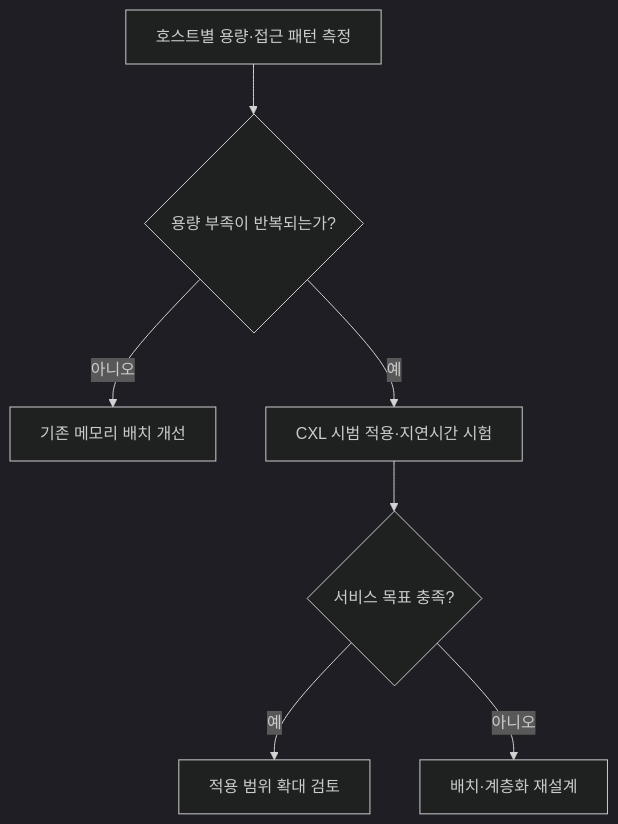
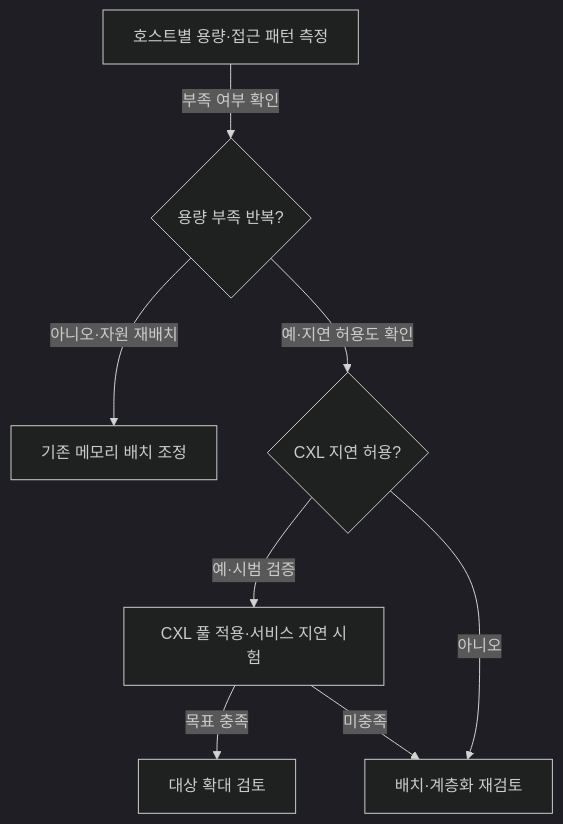
Before and after one commit to agnusdei1207/study: the third of 3 diagrams in src/content/docs/notes/itpe/04-computer-system/026_cxl_4_0_memory_pooling.md, drawn with Mermaid (dark theme). The commit also changed other lines of this file and 4 other files, not shown here.

````diff
--- a/src/content/docs/notes/itpe/04-computer-system/026_cxl_4_0_memory_pooling.md
+++ b/src/content/docs/notes/itpe/04-computer-system/026_cxl_4_0_memory_pooling.md
@@ -124,9 +131,10 @@
 ```mermaid
 flowchart TD
-    A["호스트별 용량·접근 패턴 측정"] --> B{"용량 부족이 반복되는가?"}
-    B -->|"아니오"| C["기존 메모리 배치 개선"]
-    B -->|"예"| D["CXL 시범 적용·지연시간 시험"]
-    D --> E{"서비스 목표 충족?"}
-    E -->|"예"| F["적용 범위 확대 검토"]
-    E -->|"아니오"| G["배치·계층화 재설계"]
+    A["호스트별 용량·접근 패턴 측정"] -->|"부족 여부 확인"| B{"용량 부족 반복?"}
+    B -->|"아니오·자원 재배치"| C["기존 메모리 배치 조정"]
+    B -->|"예·지연 허용도 확인"| D{"CXL 지연 허용?"}
+    D -->|"예·시범 검증"| E["CXL 풀 적용·서비스 지연 시험"]
+    E -->|"목표 충족"| F["대상 확대 검토"]
+    E -->|"미충족"| G["배치·계층화 재검토"]
+    D -->|"아니오"| G
 ```
````
